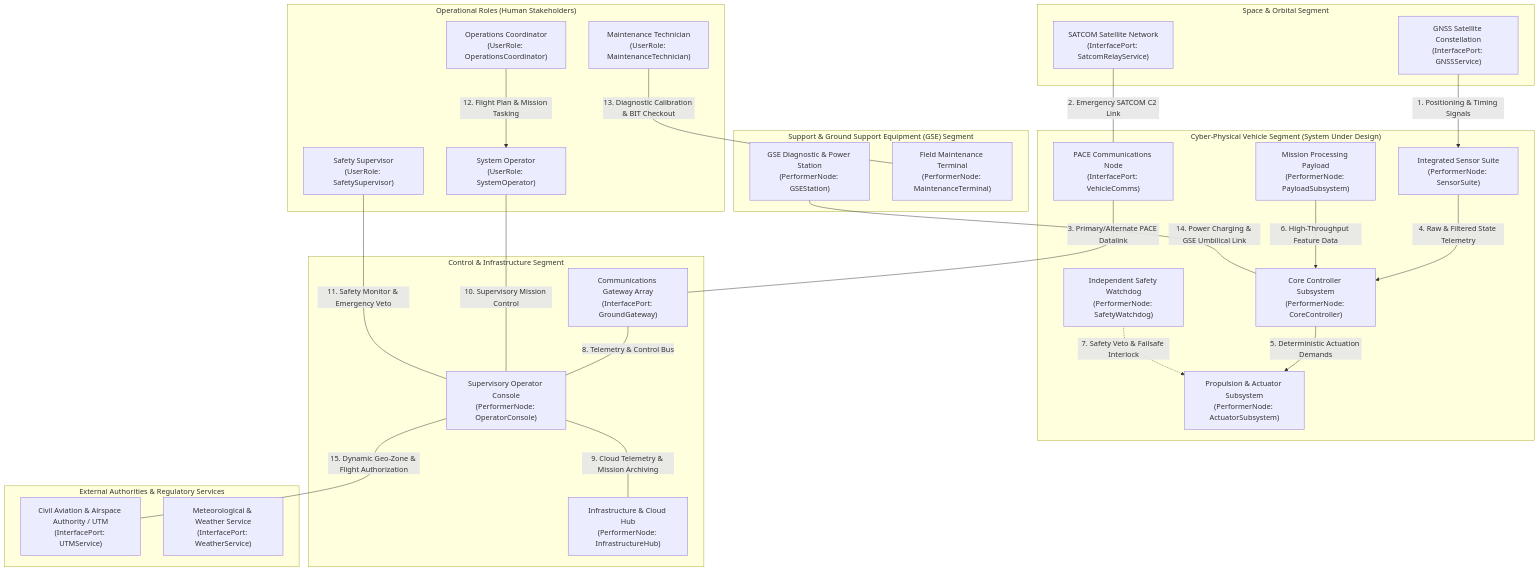
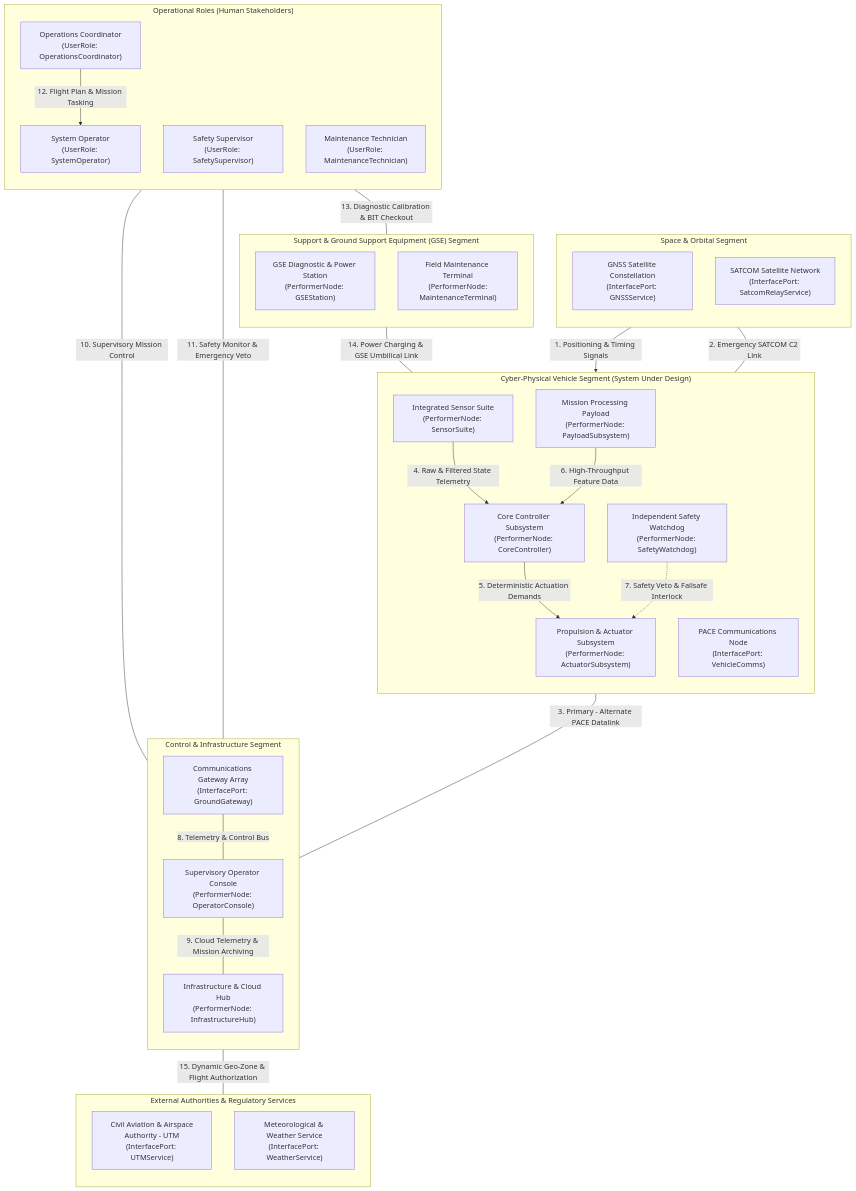
The diagram in docs/conops/units/conops/01_METADATA_AND_OVERVIEW.md (gintatkinson/uav-13), drawn with Mermaid before and after one commit. The commit also changed 186 other files, not shown here.

Commit message:
chore(pipeline): propagate verified Section 5.5 initialization sequence and Antigravity governance (refs #387, refs #386, refs #385, refs #384, refs #383, refs #382, refs #381, refs #380, refs #379, refs #378, refs #372)

````diff
--- a/docs/conops/units/conops/01_METADATA_AND_OVERVIEW.md
+++ b/docs/conops/units/conops/01_METADATA_AND_OVERVIEW.md
@@ -158,55 +158,61 @@
 ```mermaid
 flowchart TB
     subgraph SpaceSegment["Space & Orbital Segment"]
+        direction TB
         GNSSConstellation["GNSS Satellite Constellation<br/>(InterfacePort: GNSSService)"]
         SatcomRelay["SATCOM Satellite Network<br/>(InterfacePort: SatcomRelayService)"]
     end
 
     subgraph VehicleSegment["Cyber-Physical Vehicle Segment (System Under Design)"]
+        direction TB
         CoreController["Core Controller Subsystem<br/>(PerformerNode: CoreController)"]
         SensorSuite["Integrated Sensor Suite<br/>(PerformerNode: SensorSuite)"]
         ActuatorSubsystem["Propulsion & Actuator Subsystem<br/>(PerformerNode: ActuatorSubsystem)"]
         PayloadSubsystem["Mission Processing Payload<br/>(PerformerNode: PayloadSubsystem)"]
         VehicleComms["PACE Communications Node<br/>(InterfacePort: VehicleComms)"]
         SafetyWatchdog["Independent Safety Watchdog<br/>(PerformerNode: SafetyWatchdog)"]
     end
 
     subgraph ControlSegment["Control & Infrastructure Segment"]
+        direction TB
         OperatorConsole["Supervisory Operator Console<br/>(PerformerNode: OperatorConsole)"]
         GroundCommsArray["Communications Gateway Array<br/>(InterfacePort: GroundGateway)"]
         InfrastructureHub["Infrastructure & Cloud Hub<br/>(PerformerNode: InfrastructureHub)"]
     end
 
     subgraph SupportSegment["Support & Ground Support Equipment (GSE) Segment"]
+        direction TB
         GroundSupportEquipment["GSE Diagnostic & Power Station<br/>(PerformerNode: GSEStation)"]
-        MaintenanceTerminal["Field Maintenance Terminal<br/>(PerformerNode: MaintenanceTerminal)"]
+        MaintenanceTerminal["Field Maintenance Terminal<br/>(PerformerNode:<br/>MaintenanceTerminal)"]
     end
 
     subgraph OperationalRoles["Operational Roles (Human Stakeholders)"]
+        direction TB
         SystemOperator["System Operator<br/>(UserRole: SystemOperator)"]
         SafetySupervisor["Safety Supervisor<br/>(UserRole: SafetySupervisor)"]
         OperationsCoordinator["Operations Coordinator<br/>(UserRole: OperationsCoordinator)"]
         MaintenanceTechnician["Maintenance Technician<br/>(UserRole: MaintenanceTechnician)"]
     end
 
     subgraph ExternalAuthorities["External Authorities & Regulatory Services"]
-        AirspaceAuthority["Civil Aviation & Airspace Authority / UTM<br/>(InterfacePort: UTMService)"]
+        direction TB
+        AirspaceAuthority["Civil Aviation & Airspace<br/>Authority - UTM<br/>(InterfacePort: UTMService)"]
         WeatherDataService["Meteorological & Weather Service<br/>(InterfacePort: WeatherService)"]
     end
 
     GNSSConstellation -->|"1. Positioning & Timing Signals"| SensorSuite
     SatcomRelay ---|"2. Emergency SATCOM C2 Link"| VehicleComms
-    VehicleComms ---|"3. Primary/Alternate PACE Datalink"| GroundCommsArray
+    VehicleComms ---|"3. Primary - Alternate PACE Datalink"| GroundCommsArray
     SensorSuite -->|"4. Raw & Filtered State Telemetry"| CoreController
     CoreController -->|"5. Deterministic Actuation Demands"| ActuatorSubsystem
     PayloadSubsystem -->|"6. High-Throughput Feature Data"| CoreController
     SafetyWatchdog -.->|"7. Safety Veto & Failsafe Interlock"| ActuatorSubsystem
     GroundCommsArray ---|"8. Telemetry & Control Bus"| OperatorConsole
     OperatorConsole ---|"9. Cloud Telemetry & Mission Archiving"| InfrastructureHub
     SystemOperator ---|"10. Supervisory Mission Control"| OperatorConsole
     SafetySupervisor ---|"11. Safety Monitor & Emergency Veto"| OperatorConsole
     OperationsCoordinator -->|"12. Flight Plan & Mission Tasking"| SystemOperator
     MaintenanceTechnician ---|"13. Diagnostic Calibration & BIT Checkout"| MaintenanceTerminal
     GroundSupportEquipment ---|"14. Power Charging & GSE Umbilical Link"| CoreController
     OperatorConsole ---|"15. Dynamic Geo-Zone & Flight Authorization"| AirspaceAuthority
 ```
````
